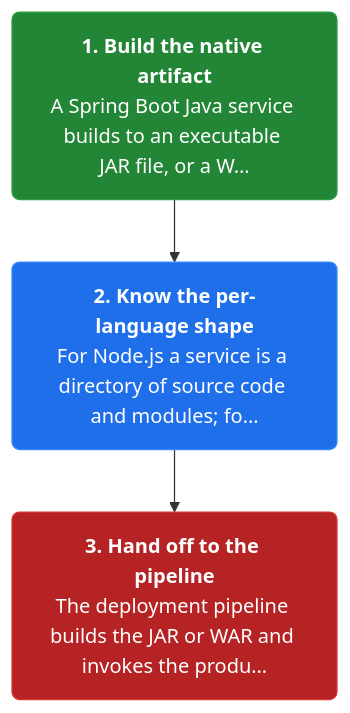
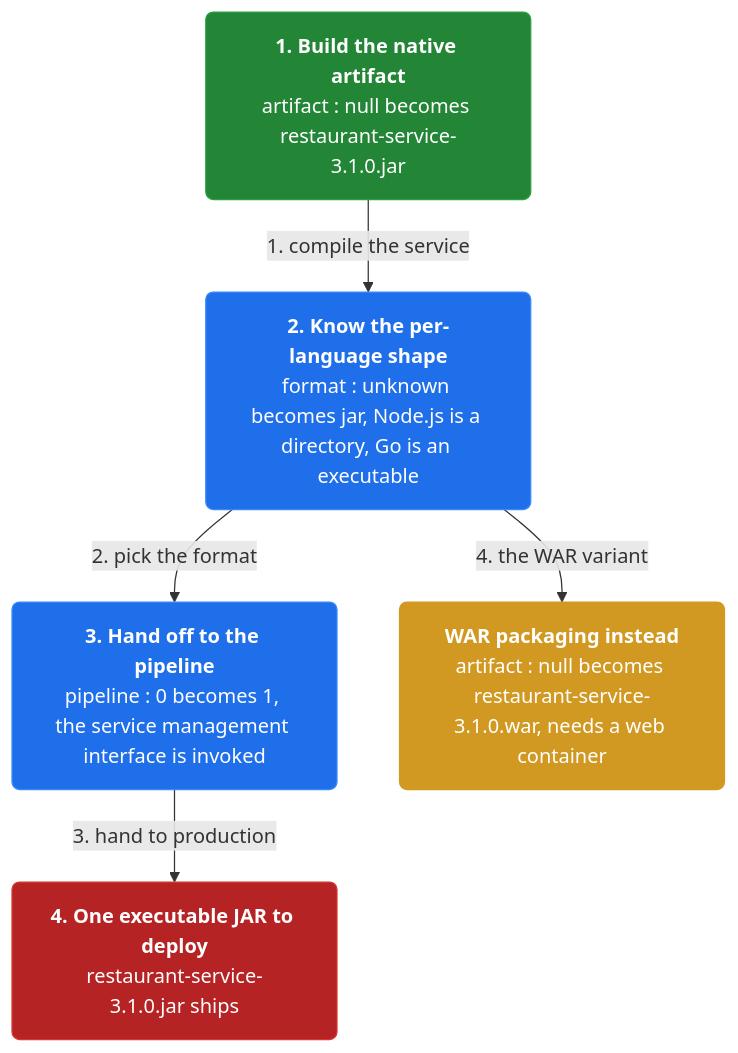
One commit to vinayakuber/microservices-io-study-guide changed the first of 4 diagrams in docs/ch39-language-specific-packaging-format.md. Above: the diagram before and after it, drawn with Mermaid. The commit also changed other lines of this file and 46 other files, not shown here.

First line of the commit message:
Author rich branching flow diagrams for all 44 chapters

````diff
--- a/docs/ch39-language-specific-packaging-format.md
+++ b/docs/ch39-language-specific-packaging-format.md
@@ -13,11 +13,17 @@
 ```mermaid
 flowchart TD
-  classDef step fill:#1f6feb,color:#ffffff,stroke:#388bfd,stroke-width:1px,rx:6
+  classDef step fill:#1f6feb,color:#ffffff,stroke:#388bfd,rx:6
+  classDef core fill:#8250df,color:#ffffff,stroke:#8250df,rx:6
+  classDef warn fill:#d29922,color:#ffffff,stroke:#d29922,rx:6
   classDef start fill:#238636,color:#ffffff,stroke:#2ea043,rx:6
   classDef stop fill:#b62324,color:#ffffff,stroke:#da3633,rx:6
-  s0n0["<b>1. Build the native artifact</b><br/>A Spring Boot Java service builds to an executable JAR file, or a W…"]:::start
-  s0n1["<b>2. Know the per-language shape</b><br/>For Node.js a service is a directory of source code and modules; fo…"]:::step
-  s0n2["<b>3. Hand off to the pipeline</b><br/>The deployment pipeline builds the JAR or WAR and invokes the produ…"]:::stop
-  s0n0 --> s0n1
-  s0n1 --> s0n2
+  n0["<b>1. Build the native artifact</b><br/>artifact : null becomes restaurant-service-3.1.0.jar"]:::start
+  n1["<b>2. Know the per-language shape</b><br/>format : unknown becomes jar, Node.js is a directory, Go is an executable"]:::step
+  n2["<b>3. Hand off to the pipeline</b><br/>pipeline : 0 becomes 1, the service management interface is invoked"]:::step
+  n3["<b>4. One executable JAR to deploy</b><br/>restaurant-service-3.1.0.jar ships"]:::stop
+  n4["<b>WAR packaging instead</b><br/>artifact : null becomes restaurant-service-3.1.0.war, needs a web container"]:::warn
+  n0 -->|"1. compile the service"| n1
+  n1 -->|"2. pick the format"| n2
+  n2 -->|"3. hand to production"| n3
+  n1 -->|"4. the WAR variant"| n4
 ```
````
